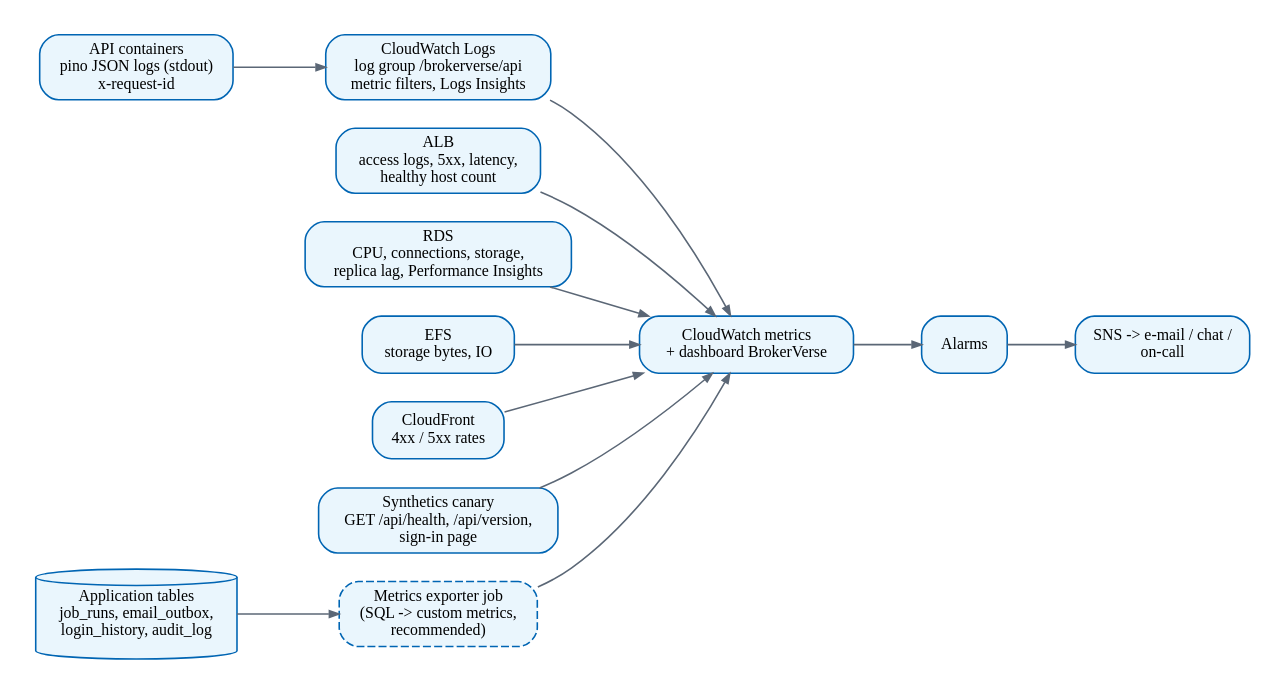
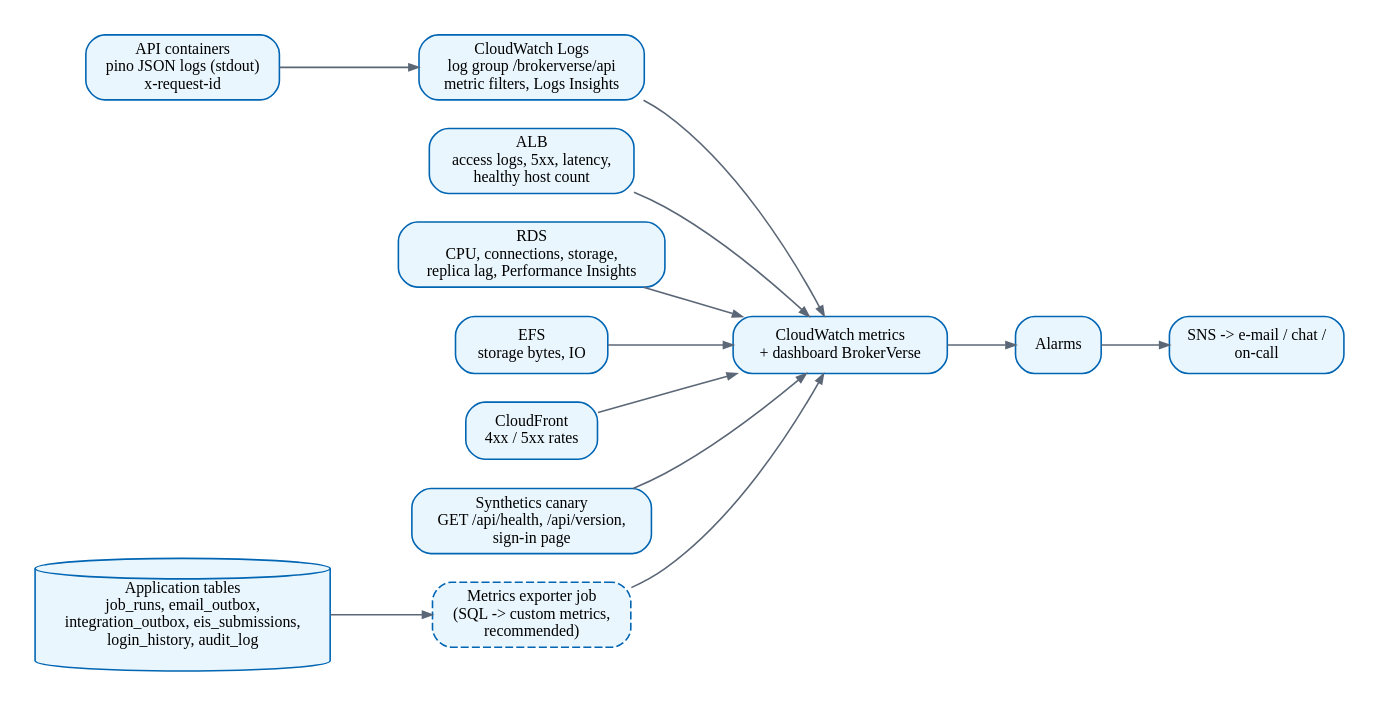
Before and after one commit to IortaTexhNXT-DEV/BDOI-OOTB: the diagram in docs/architecture/diagrams/d11_monitoring.dot, drawn with Graphviz. The commit also changed 124 other files, not shown here.

Commit message:
Developer documentation refresh: technical reference with module catalogue and code review guide, architecture and security, data dictionary at migration 0322, API catalogue, architecture set 1.2, developer guide, release notes 1.1

```diff
--- a/docs/architecture/diagrams/d11_monitoring.dot
+++ b/docs/architecture/diagrams/d11_monitoring.dot
@@ -1,19 +1,19 @@
 // Monitoring and alerting (document 11). Thresholds are recommendations.
 digraph G {
   graph [rankdir=LR, fontname="Nunito", fontsize=11, nodesep=0.25, ranksep=0.6, pad=0.2];
   node  [shape=box, style="rounded,filled", fillcolor="#EAF6FD", color="#0065B3", fontname="Nunito", fontsize=10];
   edge  [color="#5B6776", fontname="Nunito", fontsize=8.5, arrowsize=0.6];
   api [label="API containers\npino JSON logs (stdout)\nx-request-id"];
   alb [label="ALB\naccess logs, 5xx, latency,\nhealthy host count"];
   rds [label="RDS\nCPU, connections, storage,\nreplica lag, Performance Insights"];
   efs [label="EFS\nstorage bytes, IO"];
   cf [label="CloudFront\n4xx / 5xx rates"];
-  db [label="Application tables\njob_runs, email_outbox,\nlogin_history, audit_log", shape=cylinder];
+  db [label="Application tables\njob_runs, email_outbox,\nintegration_outbox, eis_submissions,\nlogin_history, audit_log", shape=cylinder];
   syn [label="Synthetics canary\nGET /api/health, /api/version,\nsign-in page"];
   cwl [label="CloudWatch Logs\nlog group /brokerverse/api\nmetric filters, Logs Insights"];
   cwm [label="CloudWatch metrics\n+ dashboard BrokerVerse"];
   exp [label="Metrics exporter job\n(SQL -> custom metrics,\nrecommended)", style="rounded,dashed,filled"];
   alarm [label="Alarms"];
   sns [label="SNS -> e-mail / chat /\non-call"];
   api -> cwl -> cwm; alb -> cwm; rds -> cwm; efs -> cwm; cf -> cwm; syn -> cwm; db -> exp -> cwm; cwm -> alarm -> sns;
 }
```
